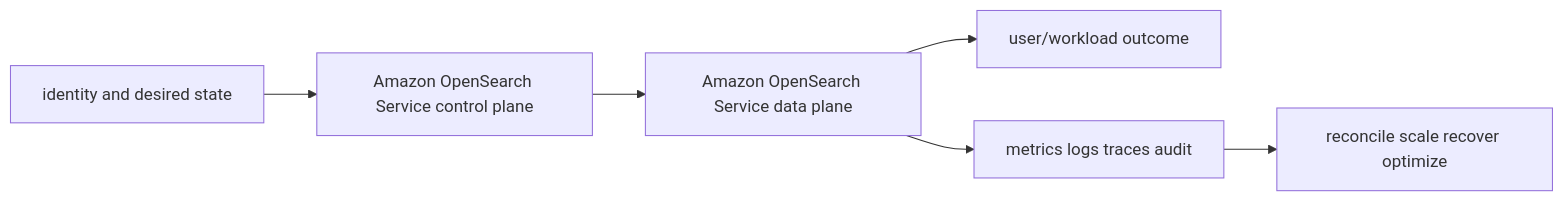
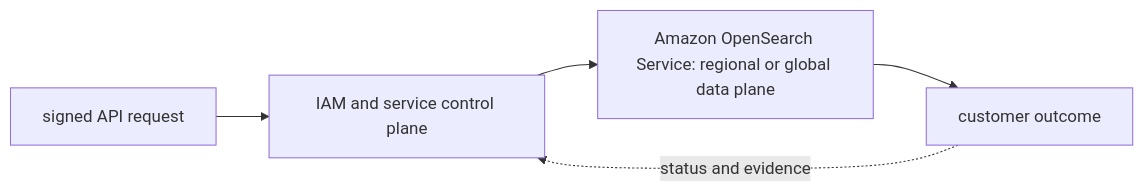
Before and after one commit to tomkidumbuyo/DevOps-interview-preparation: the diagram in 07-aws/07-databases/05-opensearch/README.md, drawn with Mermaid. The commit also changed other lines of this file and 753 other files, not shown here.

````diff
--- a/07-aws/07-databases/05-opensearch/README.md
+++ b/07-aws/07-databases/05-opensearch/README.md
@@ -19,8 +31,7 @@
 ```mermaid
 flowchart LR
-  I[identity and desired state] --> C[Amazon OpenSearch Service control plane]
-  C --> D[Amazon OpenSearch Service data plane]
-  D --> U[user/workload outcome]
-  D --> O[metrics logs traces audit]
-  O --> R[reconcile scale recover optimize]
+  A["signed API request"] --> B["IAM and service control plane"]
+  B --> C["Amazon OpenSearch Service: regional or global data plane"]
+  C --> D["customer outcome"]
+  D -. "status and evidence" .-> B
 ```
````
